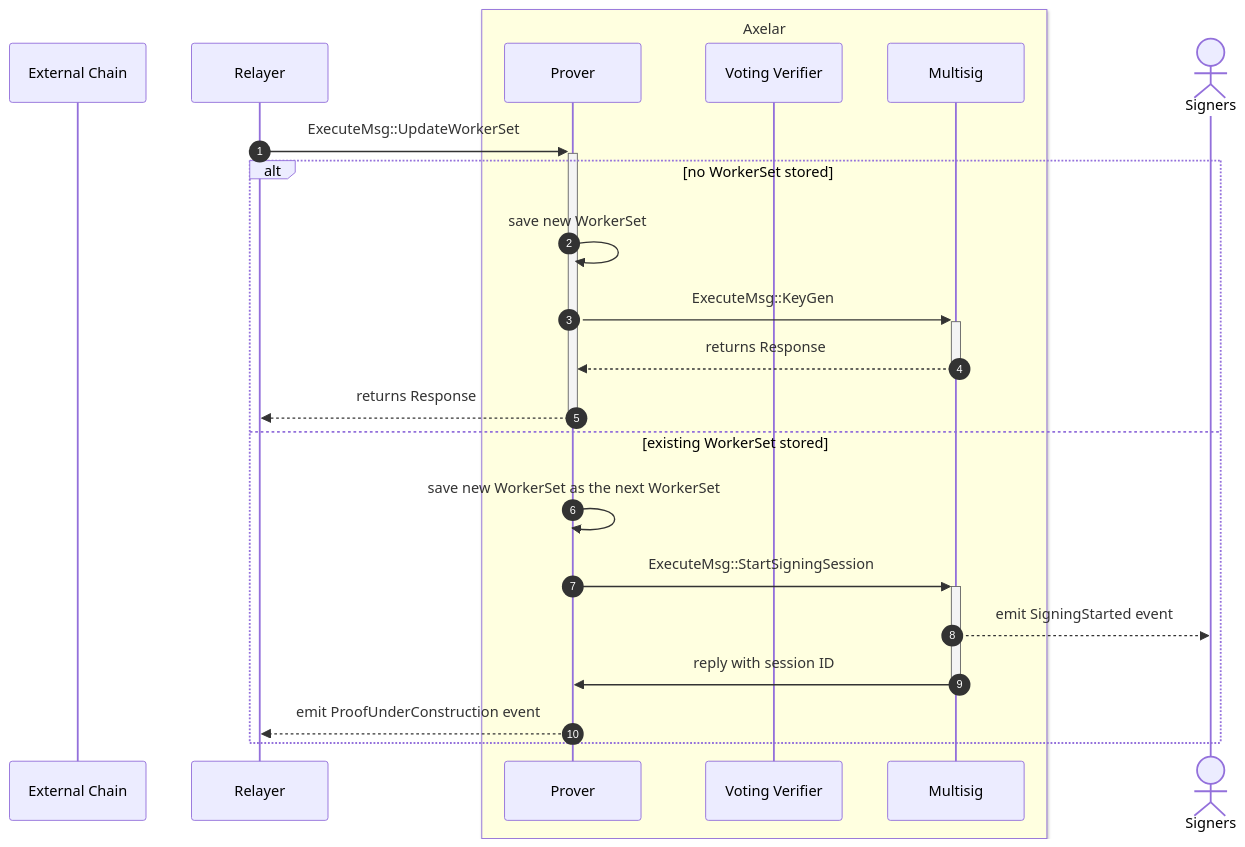
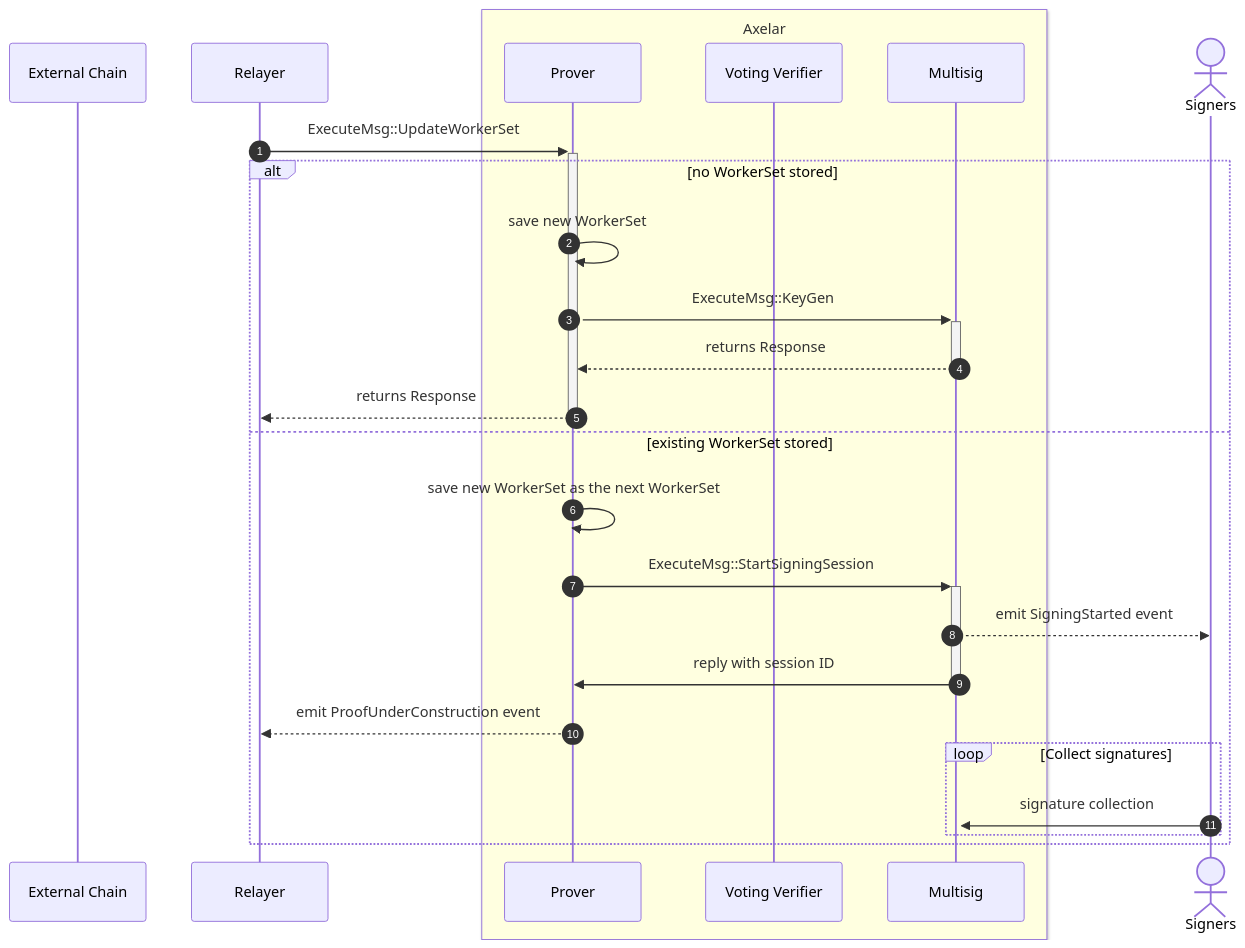
Before and after one commit to axelarnetwork/axelar-amplifier: the third of 3 diagrams in doc/src/contracts/multisig_prover.md, drawn with Mermaid.

Commit message:
try this

````diff
--- a/doc/src/contracts/multisig_prover.md
+++ b/doc/src/contracts/multisig_prover.md
@@ -82,25 +82,28 @@
 ```mermaid
 sequenceDiagram
 autonumber
 participant External Chain
 participant Relayer
 box LightYellow Axelar
 participant Prover
 participant Voting Verifier
 participant Multisig
 end
 actor Signers
 Relayer->>+Prover: ExecuteMsg::UpdateWorkerSet
 alt no WorkerSet stored
   Prover->>Prover: save new WorkerSet
   Prover->>+Multisig: ExecuteMsg::KeyGen
   Multisig-->>-Prover: returns Response
   Prover-->>-Relayer: returns Response
 else existing WorkerSet stored
   Prover->>Prover: save new WorkerSet as the next WorkerSet
   Prover->>+Multisig: ExecuteMsg::StartSigningSession
   Multisig-->>Signers: emit SigningStarted event
   Multisig->>-Prover: reply with session ID
   Prover-->>Relayer: emit ProofUnderConstruction event
+  loop Collect signatures
+	  Signers->>+Multisig: signature collection
+  end
 end
 ```
````
